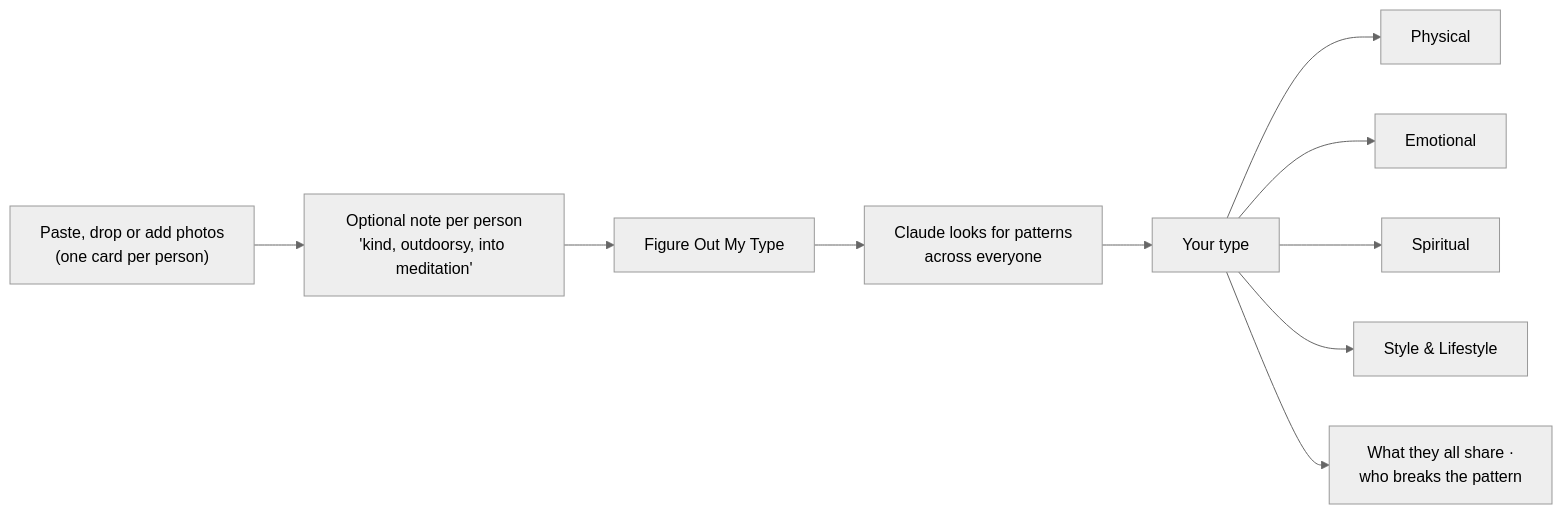
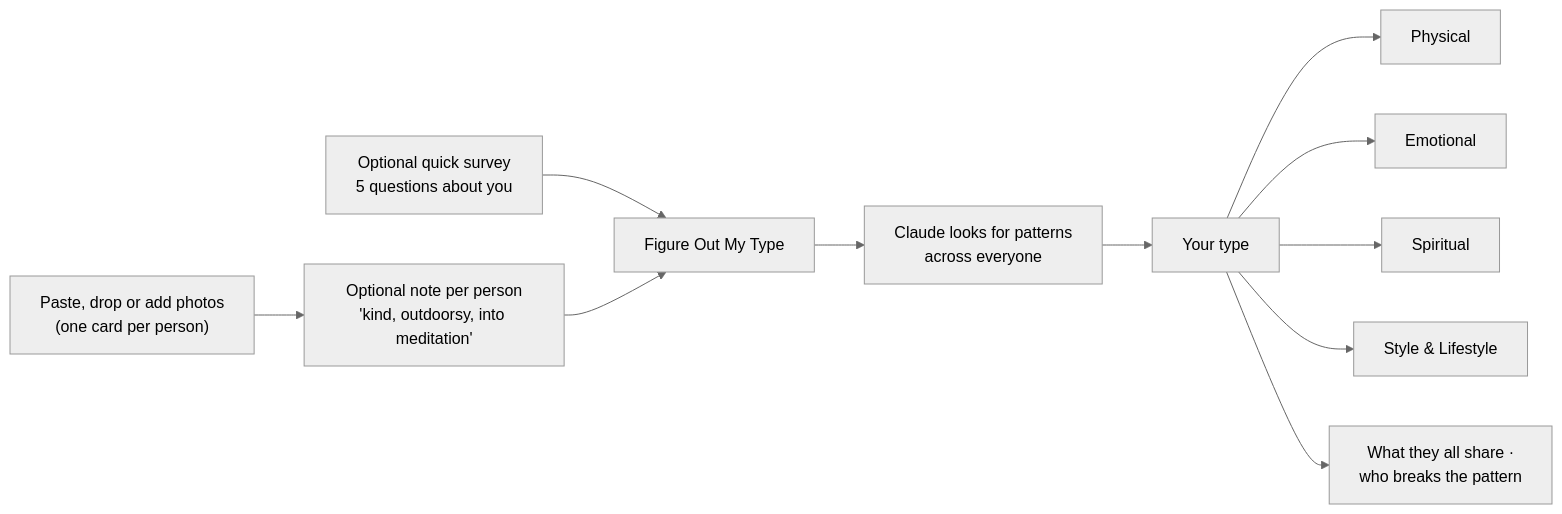
Before and after one commit to amalmehta/FigureOutYourType: the diagram in README.md, drawn with Mermaid (neutral theme). The commit also changed 12 other files, not shown here.

Commit message:
Add quick survey to the Mac app and website

````diff
--- a/README.md
+++ b/README.md
@@ -13,12 +13,13 @@
 ```mermaid
 flowchart LR
     A["Paste, drop or add photos<br/>(one card per person)"] --> B["Optional note per person<br/>'kind, outdoorsy, into meditation'"]
+    Q["Optional quick survey<br/>5 questions about you"] --> C
     B --> C["Figure Out My Type"]
     C --> D["Claude looks for patterns<br/>across everyone"]
     D --> E["Your type"]
     E --> P[Physical]
     E --> Em[Emotional]
     E --> S[Spiritual]
     E --> L[Style & Lifestyle]
     E --> X["What they all share ·<br/>who breaks the pattern"]
 ```
````
